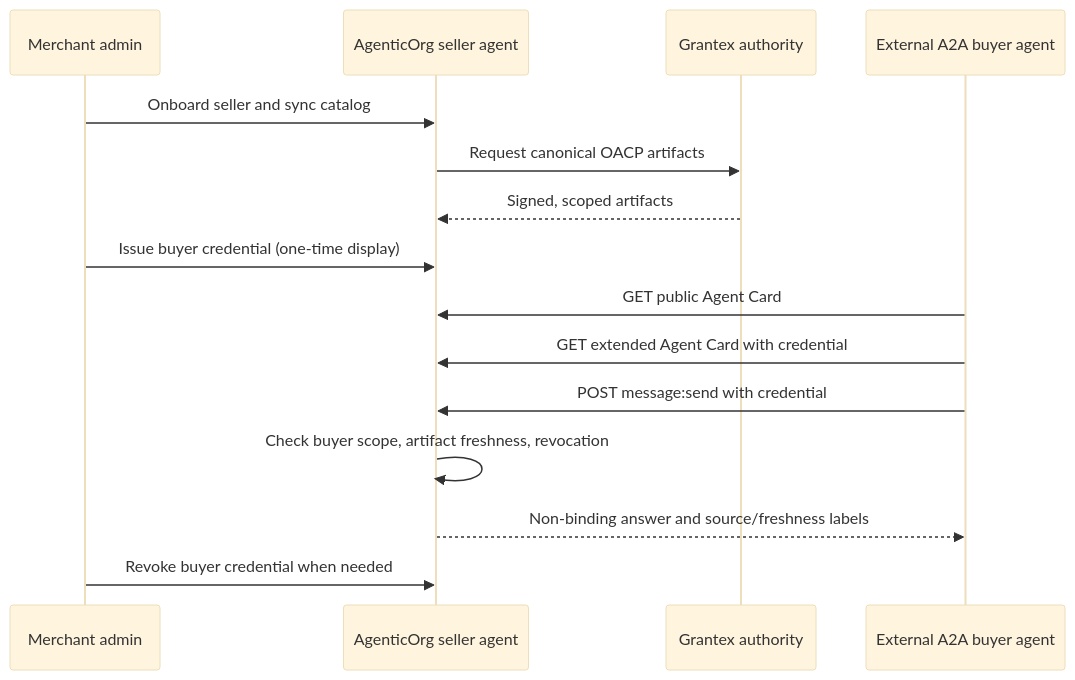
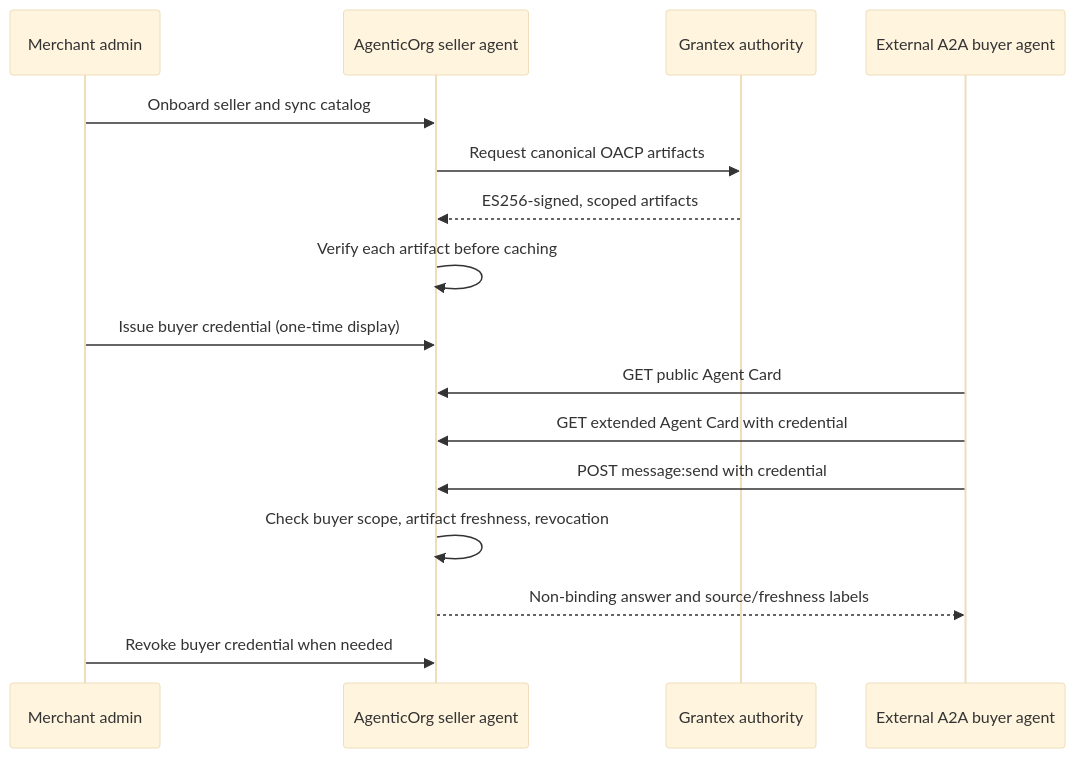
Before and after one commit to mishrasanjeev/agentic-org: the diagram in docs/a2a-interoperability.md, drawn with Mermaid (base theme). The commit also changed other lines of this file and 36 other files, not shown here.

````diff
--- a/docs/a2a-interoperability.md
+++ b/docs/a2a-interoperability.md
@@ -17,17 +17,18 @@
 ```mermaid
 sequenceDiagram
   participant M as Merchant admin
   participant S as AgenticOrg seller agent
   participant G as Grantex authority
   participant B as External A2A buyer agent
   M->>S: Onboard seller and sync catalog
   S->>G: Request canonical OACP artifacts
-  G-->>S: Signed, scoped artifacts
+  G-->>S: ES256-signed, scoped artifacts
+  S->>S: Verify each artifact before caching
   M->>S: Issue buyer credential (one-time display)
   B->>S: GET public Agent Card
   B->>S: GET extended Agent Card with credential
   B->>S: POST message:send with credential
   S->>S: Check buyer scope, artifact freshness, revocation
   S-->>B: Non-binding answer and source/freshness labels
   M->>S: Revoke buyer credential when needed
 ```
````
